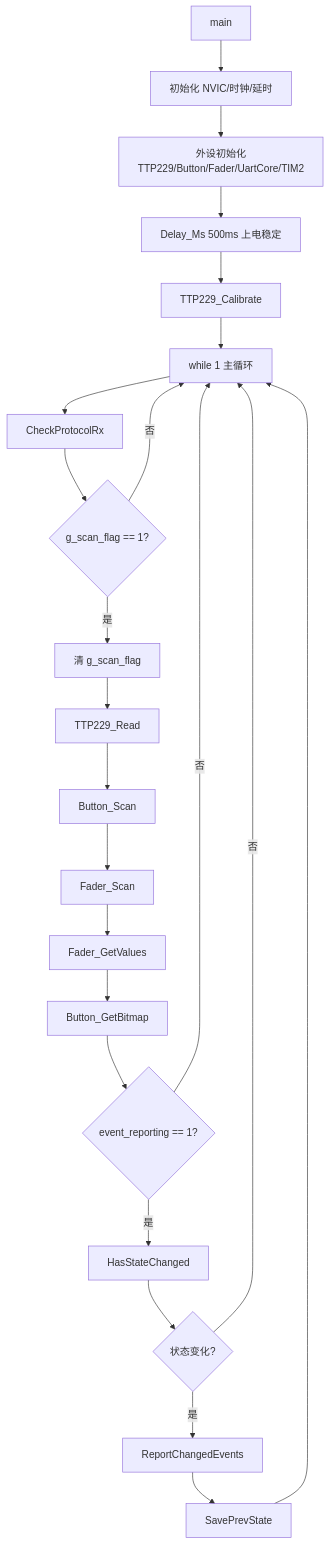
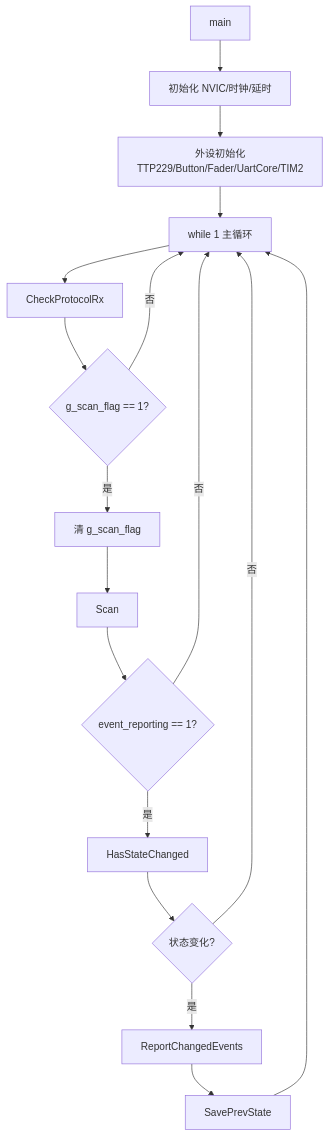
Before and after one commit to sratle/WCH-Model-Terminal: the tenth of 19 diagrams in docs/project/report.md, drawn with Mermaid. The commit also changed 3 other files, not shown here.

````diff
--- a/docs/project/report.md
+++ b/docs/project/report.md
@@ -366,25 +366,19 @@
 ```mermaid
 flowchart TD
     A[main] --> B[初始化 NVIC/时钟/延时]
-    B --> C[外设初始化<br>TTP229/Button/Fader/UartCore/TIM2]
-    C --> D[Delay_Ms 500ms 上电稳定]
-    D --> E[TTP229_Calibrate]
+    B --> E[外设初始化<br>TTP229/Button/Fader/UartCore/TIM2]
     E --> F[while 1 主循环]
     F --> G[CheckProtocolRx]
     G --> H{g_scan_flag == 1?}
     H -->|否| F
     H -->|是| I[清 g_scan_flag]
-    I --> J[TTP229_Read]
-    J --> K[Button_Scan]
-    K --> L[Fader_Scan]
-    L --> M[Fader_GetValues]
-    M --> N[Button_GetBitmap]
+    I --> N[Scan]
     N --> O{event_reporting == 1?}
     O -->|否| F
     O -->|是| P[HasStateChanged]
     P --> Q{状态变化?}
     Q -->|是| R[ReportChangedEvents]
     R --> S[SavePrevState]
     S --> F
     Q -->|否| F
 ```
````
